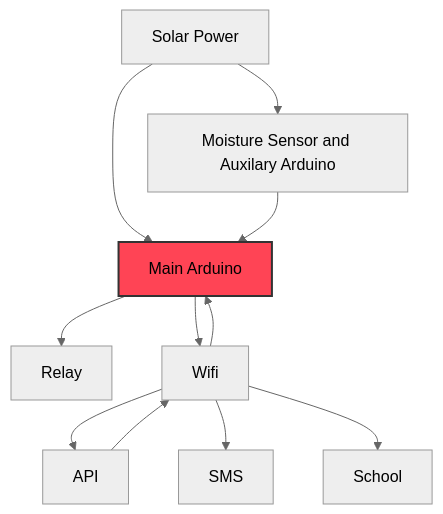
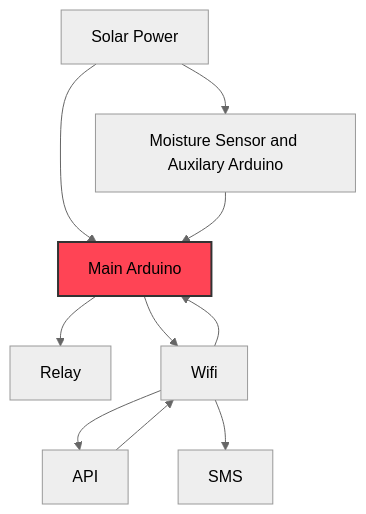
Before and after one commit to FegelSamuel/Sprinkler-System: the diagram in README.md, drawn with Mermaid (neutral theme).

````diff
--- a/README.md
+++ b/README.md
@@ -1,16 +1,15 @@
 ```mermaid
 graph TD
     A["Solar Power"] --> B["Main Arduino"]
     A["Solar Power"] --> D["Moisture Sensor and Auxilary Arduino"]
     B["Main Arduino"] --> H["Relay"]
     B["Main Arduino"] --> C["Wifi"]
     C["Wifi"] --> E["API"]
     E["API"] --> C["Wifi"]
     C["Wifi"] --> F["SMS"]
     C["Wifi"] --> B["Main Arduino"]
-    C["Wifi"] --> G["School"]
     D["Moisture Sensor and Auxilary Arduino"] --> B["Main Arduino"]
     classDef red fill:#f45,stroke:#333,stroke-width:2px;
     style B color:black;
     class B red;
 ```
````
